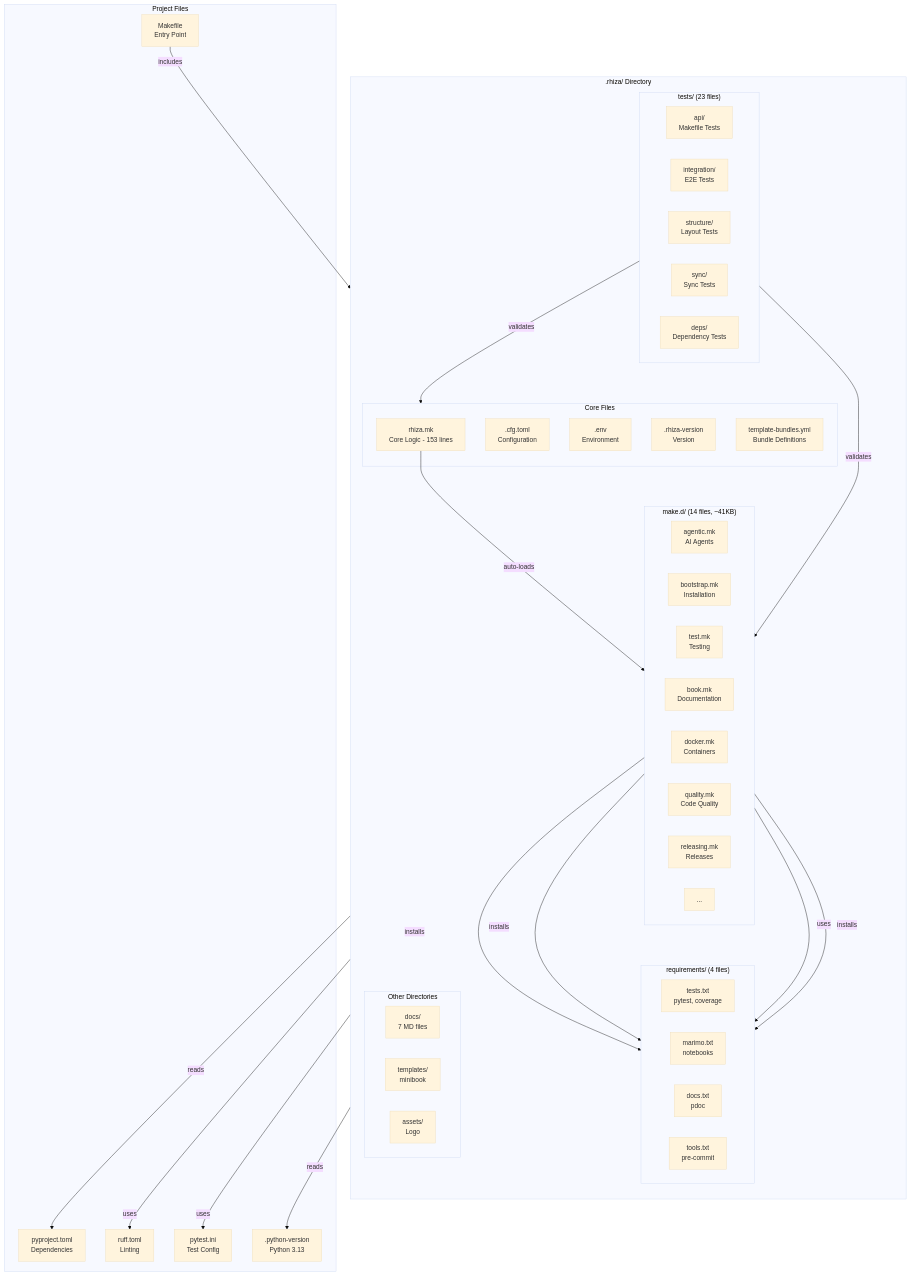
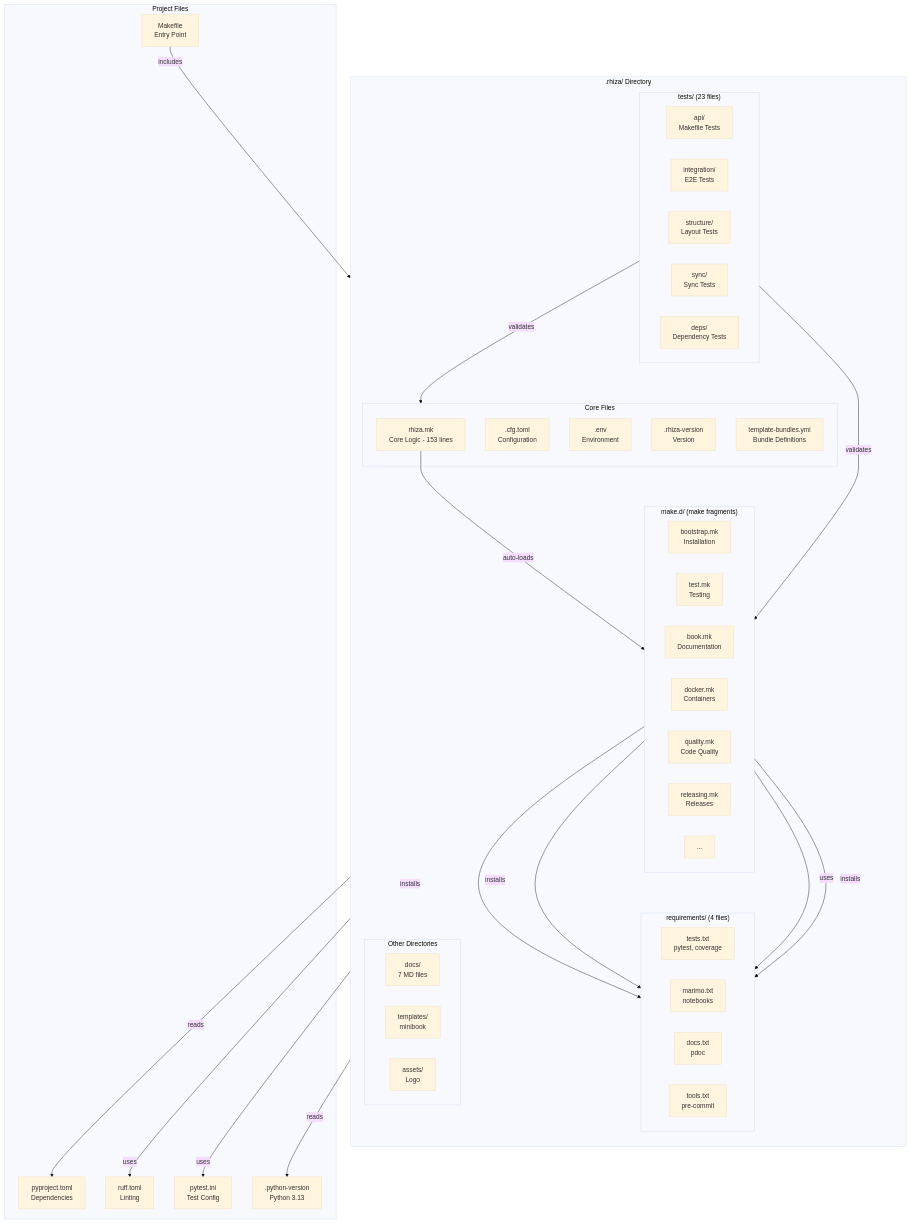
Before and after one commit to Jebel-Quant/rhiza: the seventh of 9 diagrams in docs/reference/ARCHITECTURE.md, drawn with Mermaid (base theme). The commit also changed other lines of this file and 75 other files, not shown here.

````diff
--- a/docs/reference/ARCHITECTURE.md
+++ b/docs/reference/ARCHITECTURE.md
@@ -197,71 +196,70 @@
 ```mermaid
 flowchart TB
     subgraph rhiza[".rhiza/ Directory"]
         direction TB
         
         subgraph core["Core Files"]
             rhizamk[rhiza.mk<br/>Core Logic - 153 lines]
             cfg[.cfg.toml<br/>Configuration]
             env[.env<br/>Environment]
             version[.rhiza-version<br/>Version]
             bundles[template-bundles.yml<br/>Bundle Definitions]
         end
         
-        subgraph maked["make.d/ (14 files, ~41KB)"]
+        subgraph maked["make.d/ (make fragments)"]
             direction LR
-            agentic[agentic.mk<br/>AI Agents]
             bootstrap[bootstrap.mk<br/>Installation]
             test[test.mk<br/>Testing]
             book_mk[book.mk<br/>Documentation]
             docker_mk[docker.mk<br/>Containers]
             quality[quality.mk<br/>Code Quality]
             releasing[releasing.mk<br/>Releases]
             more[...]
         end
         
         subgraph requirements["requirements/ (4 files)"]
             direction LR
             tests_txt[tests.txt<br/>pytest, coverage]
             marimo_txt[marimo.txt<br/>notebooks]
             docs_txt[docs.txt<br/>pdoc]
             tools_txt[tools.txt<br/>pre-commit]
         end
         
         subgraph tests_dir["tests/ (23 files)"]
             direction LR
             api[api/<br/>Makefile Tests]
             integration[integration/<br/>E2E Tests]
             structure[structure/<br/>Layout Tests]
             sync[sync/<br/>Sync Tests]
             deps[deps/<br/>Dependency Tests]
         end
         
         subgraph other["Other Directories"]
             direction LR
             docs_dir[docs/<br/>7 MD files]
             templates_dir[templates/<br/>minibook]
             assets_dir[assets/<br/>Logo]
         end
     end
     
     subgraph project["Project Files"]
         Makefile[Makefile<br/>Entry Point]
         pyproject[pyproject.toml<br/>Dependencies]
         ruff_toml[ruff.toml<br/>Linting]
         pytest_ini[pytest.ini<br/>Test Config]
         python_version[.python-version<br/>Python 3.13]
     end
     
     Makefile -->|includes| rhizamk
     rhizamk -->|auto-loads| maked
     maked -->|reads| pyproject
     maked -->|reads| python_version
     test -->|uses| pytest_ini
     test -->|installs| tests_txt
     book_mk -->|installs| docs_txt
     book_mk -->|uses| marimo_txt
     quality -->|uses| ruff_toml
     bootstrap -->|installs| tools_txt
     tests_dir -->|validates| core
     tests_dir -->|validates| maked
 ```
````
